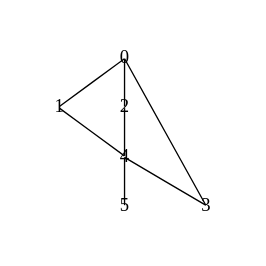
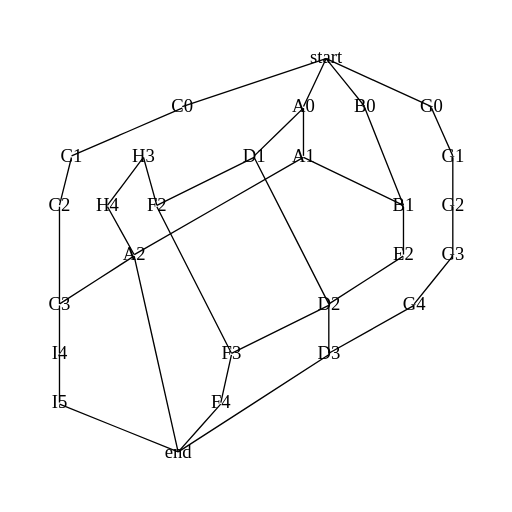
One commit to MarkusYPA/lem-in changed the diagram in viz/graph.gv. Above: the diagram before and after it, drawn with Graphviz. The commit also changed 10 other files, not shown here.

```diff
--- a/viz/graph.gv
+++ b/viz/graph.gv
@@ -1,23 +1,72 @@
 digraph G {
     ratio=1;
     pad=0.5;
     edge [arrowhead=none];
 
-    0 [shape=box];
-    5 [shape=box];
+    start [shape=box];
+    end [shape=box];
 
-    4 [fixedsize=true height= 0, width=0 color="transparent"];
-    0 [fixedsize=true height= 0, width=0 color="transparent"];
-    1 [fixedsize=true height= 0, width=0 color="transparent"];
-    5 [fixedsize=true height= 0, width=0 color="transparent"];
-    2 [fixedsize=true height= 0, width=0 color="transparent"];
-    3 [fixedsize=true height= 0, width=0 color="transparent"];
+    start [fixedsize=true height= 0, width=0 color="transparent"];
+    end [fixedsize=true height= 0, width=0 color="transparent"];
+    C0 [fixedsize=true height= 0, width=0 color="transparent"];
+    C1 [fixedsize=true height= 0, width=0 color="transparent"];
+    C2 [fixedsize=true height= 0, width=0 color="transparent"];
+    C3 [fixedsize=true height= 0, width=0 color="transparent"];
+    I4 [fixedsize=true height= 0, width=0 color="transparent"];
+    I5 [fixedsize=true height= 0, width=0 color="transparent"];
+    A0 [fixedsize=true height= 0, width=0 color="transparent"];
+    A1 [fixedsize=true height= 0, width=0 color="transparent"];
+    A2 [fixedsize=true height= 0, width=0 color="transparent"];
+    B0 [fixedsize=true height= 0, width=0 color="transparent"];
+    B1 [fixedsize=true height= 0, width=0 color="transparent"];
+    E2 [fixedsize=true height= 0, width=0 color="transparent"];
+    D1 [fixedsize=true height= 0, width=0 color="transparent"];
+    D2 [fixedsize=true height= 0, width=0 color="transparent"];
+    D3 [fixedsize=true height= 0, width=0 color="transparent"];
+    H4 [fixedsize=true height= 0, width=0 color="transparent"];
+    H3 [fixedsize=true height= 0, width=0 color="transparent"];
+    F2 [fixedsize=true height= 0, width=0 color="transparent"];
+    F3 [fixedsize=true height= 0, width=0 color="transparent"];
+    F4 [fixedsize=true height= 0, width=0 color="transparent"];
+    G0 [fixedsize=true height= 0, width=0 color="transparent"];
+    G1 [fixedsize=true height= 0, width=0 color="transparent"];
+    G2 [fixedsize=true height= 0, width=0 color="transparent"];
+    G3 [fixedsize=true height= 0, width=0 color="transparent"];
+    G4 [fixedsize=true height= 0, width=0 color="transparent"];
 
-    0 -> 1;
-    2 -> 4;
-    1 -> 4;
-    0 -> 2;
-    4 -> 5;
-    3 -> 0;
-    4 -> 3;
+    H3 -> F2;
+    H3 -> H4;
+    H4 -> A2;
+    start -> G0;
+    G0 -> G1;
+    G1 -> G2;
+    G2 -> G3;
+    G3 -> G4;
+    G4 -> D3;
+    start -> A0;
+    A0 -> A1;
+    A0 -> D1;
+    A1 -> A2;
+    A1 -> B1;
+    A2 -> end;
+    A2 -> C3;
+    start -> B0;
+    B0 -> B1;
+    B1 -> E2;
+    start -> C0;
+    C0 -> C1;
+    C1 -> C2;
+    C2 -> C3;
+    C3 -> I4;
+    D1 -> D2;
+    D1 -> F2;
+    E2 -> D2
+    D2 -> D3;
+    D2 -> F3;
+    D3 -> end;
+    F2 -> F3;
+    F3 -> F4;
+    F4 -> end;
+    I4 -> I5;
+    I5 -> end;
 }
```
